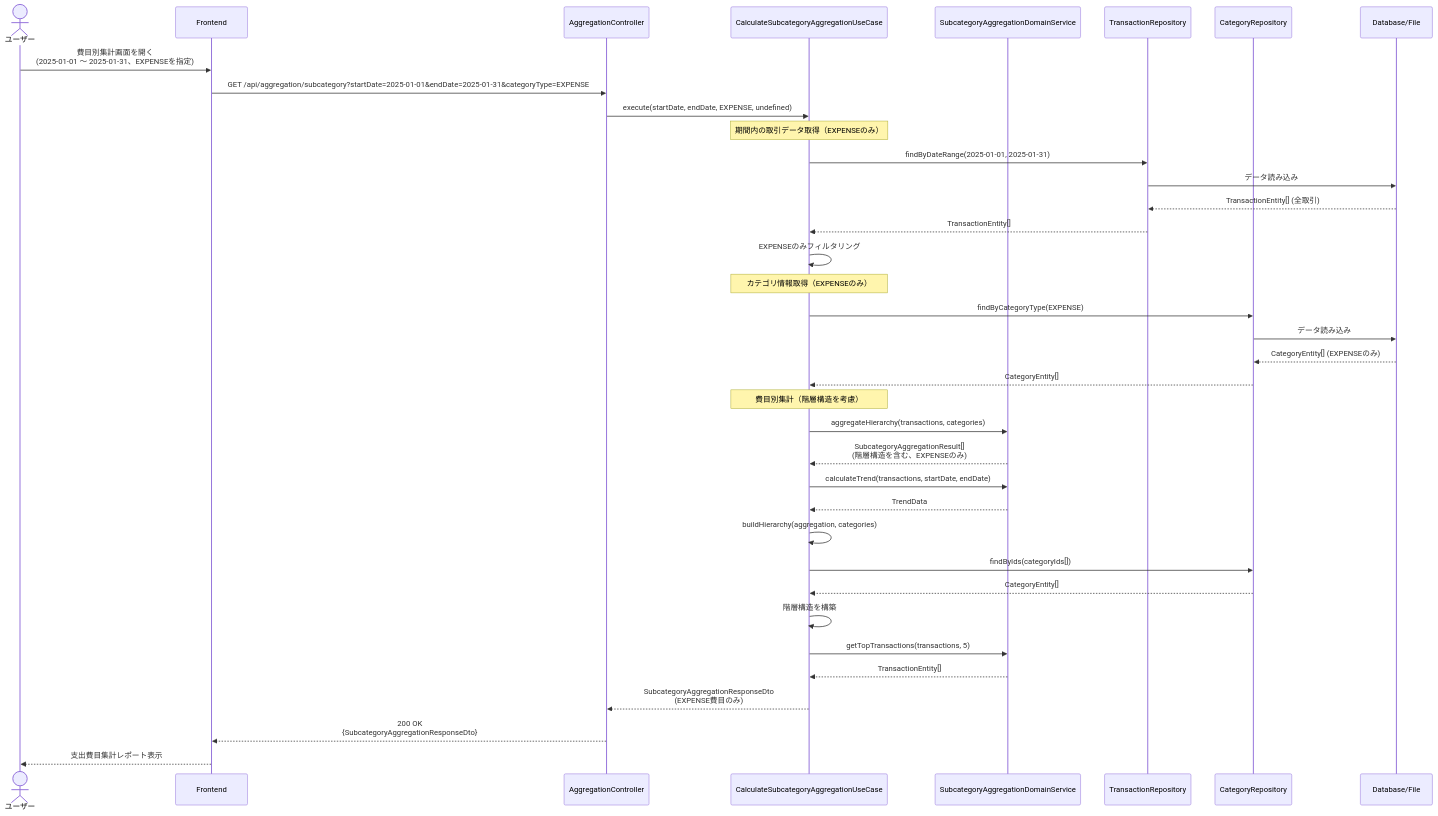
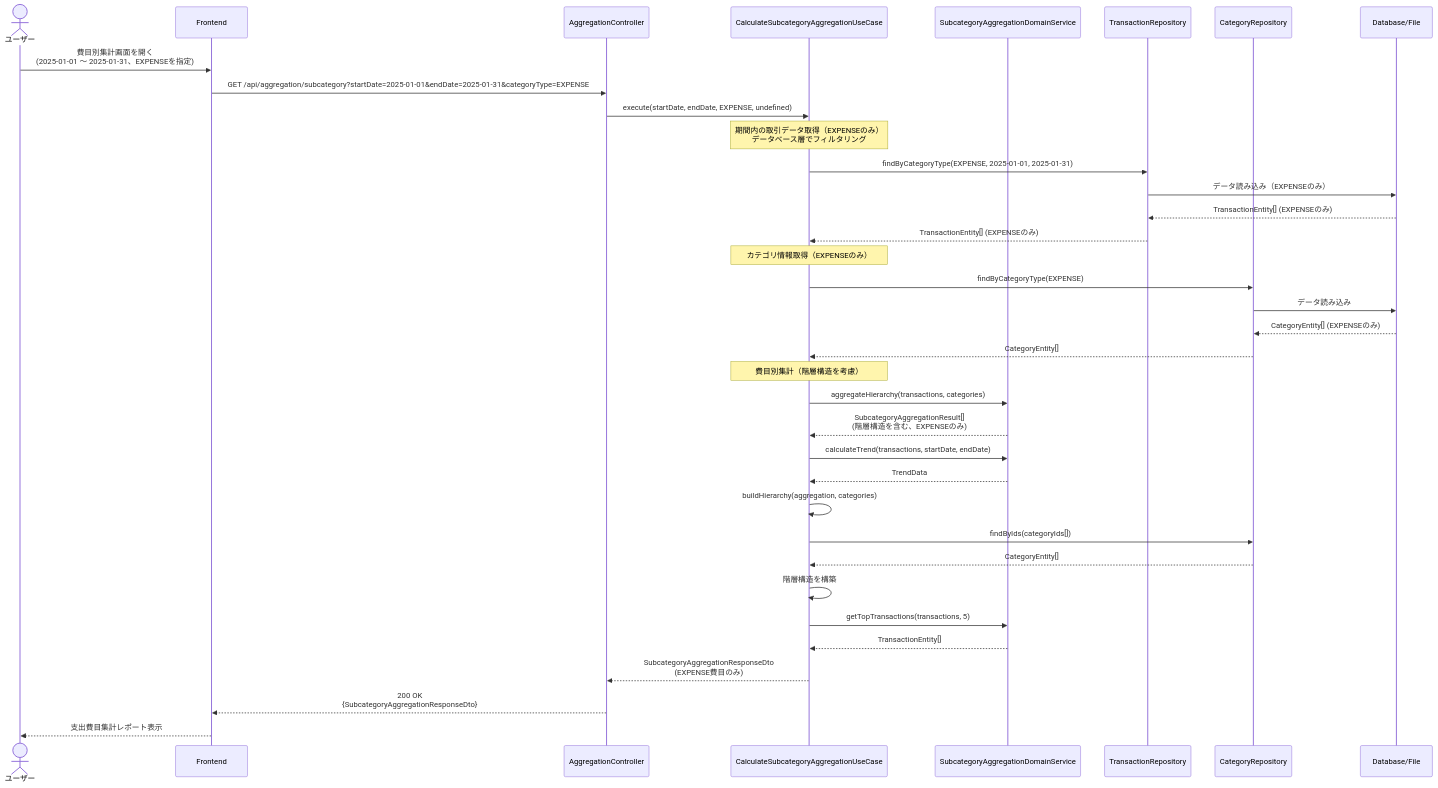
Before and after one commit to kencom2400/account-book: the second of 6 diagrams in docs/detailed-design/FR-019_subcategory-aggregation/sequence-diagrams.md, drawn with Mermaid. The commit also changed other lines of this file, not shown here.

First line of the commit message:
docs: Gemini指摘対応 - シーケンス図のパフォーマンス最適化

````diff
--- a/docs/detailed-design/FR-019_subcategory-aggregation/sequence-diagrams.md
+++ b/docs/detailed-design/FR-019_subcategory-aggregation/sequence-diagrams.md
@@ -107,49 +103,48 @@
 ```mermaid
 sequenceDiagram
     actor User as ユーザー
     participant FE as Frontend
     participant API as AggregationController
     participant UC as CalculateSubcategoryAggregationUseCase
     participant DS as SubcategoryAggregationDomainService
     participant TRepo as TransactionRepository
     participant CRepo as CategoryRepository
     participant DB as Database/File
 
     User->>FE: 費目別集計画面を開く<br/>(2025-01-01 〜 2025-01-31、EXPENSEを指定)
     FE->>API: GET /api/aggregation/subcategory?startDate=2025-01-01&endDate=2025-01-31&categoryType=EXPENSE
 
     API->>UC: execute(startDate, endDate, EXPENSE, undefined)
 
-    Note over UC: 期間内の取引データ取得（EXPENSEのみ）
-    UC->>TRepo: findByDateRange(2025-01-01, 2025-01-31)
-    TRepo->>DB: データ読み込み
-    DB-->>TRepo: TransactionEntity[] (全取引)
-    TRepo-->>UC: TransactionEntity[]
-    UC->>UC: EXPENSEのみフィルタリング
+    Note over UC: 期間内の取引データ取得（EXPENSEのみ）<br/>データベース層でフィルタリング
+    UC->>TRepo: findByCategoryType(EXPENSE, 2025-01-01, 2025-01-31)
+    TRepo->>DB: データ読み込み（EXPENSEのみ）
+    DB-->>TRepo: TransactionEntity[] (EXPENSEのみ)
+    TRepo-->>UC: TransactionEntity[] (EXPENSEのみ)
 
     Note over UC: カテゴリ情報取得（EXPENSEのみ）
     UC->>CRepo: findByCategoryType(EXPENSE)
     CRepo->>DB: データ読み込み
     DB-->>CRepo: CategoryEntity[] (EXPENSEのみ)
     CRepo-->>UC: CategoryEntity[]
 
     Note over UC: 費目別集計（階層構造を考慮）
     UC->>DS: aggregateHierarchy(transactions, categories)
     DS-->>UC: SubcategoryAggregationResult[]<br/>(階層構造を含む、EXPENSEのみ)
 
     UC->>DS: calculateTrend(transactions, startDate, endDate)
     DS-->>UC: TrendData
 
     UC->>UC: buildHierarchy(aggregation, categories)
     UC->>CRepo: findByIds(categoryIds[])
     CRepo-->>UC: CategoryEntity[]
     UC->>UC: 階層構造を構築
 
     UC->>DS: getTopTransactions(transactions, 5)
     DS-->>UC: TransactionEntity[]
 
     UC-->>API: SubcategoryAggregationResponseDto<br/>(EXPENSE費目のみ)
 
     API-->>FE: 200 OK<br/>{SubcategoryAggregationResponseDto}
     FE-->>User: 支出費目集計レポート表示
 ```
````
